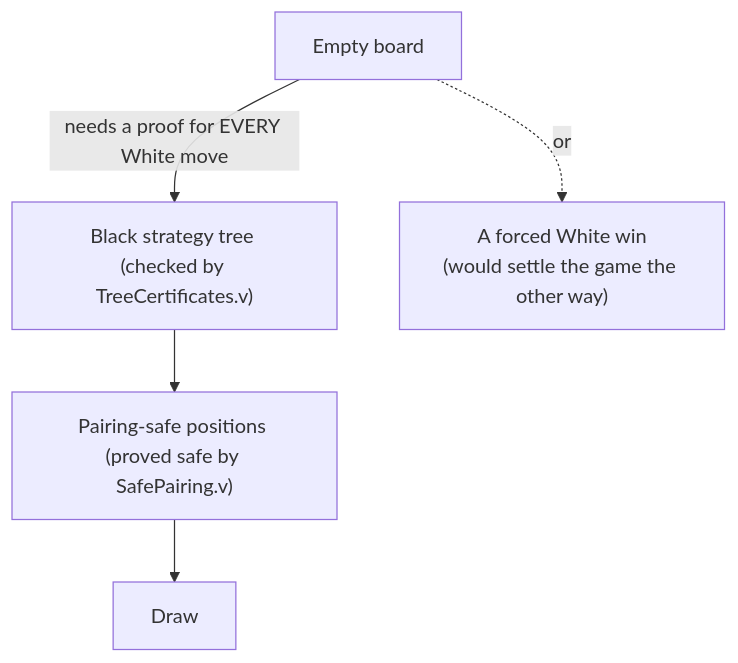
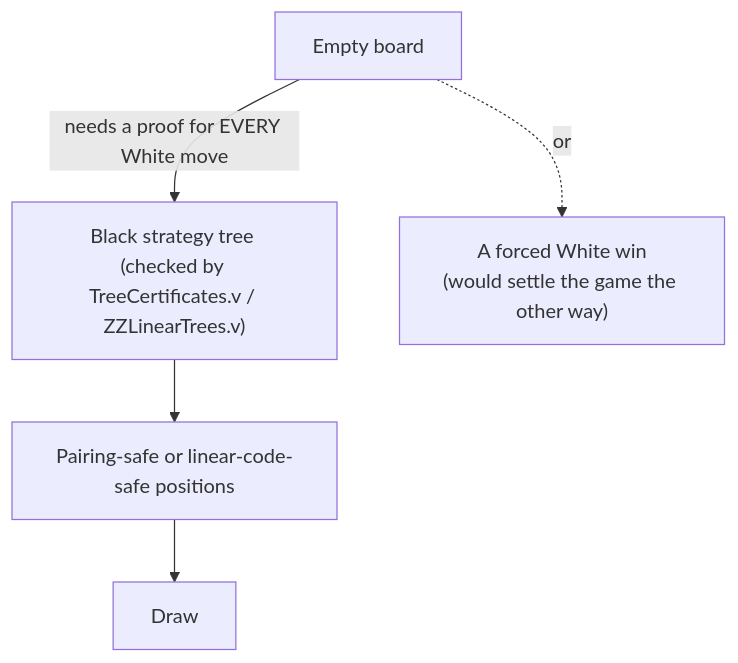
Before and after one commit to TACITVS/Theorem_Prover_Formalization_of_Board_Games: the second of 2 diagrams in README.md, drawn with Mermaid. The commit also changed other lines of this file and 20 other files, not shown here.

First line of the commit message:
feat(proof): add opening symmetry and linear-code defense certificates

````diff
--- a/README.md
+++ b/README.md
@@ -159,7 +209,7 @@
 ```mermaid
 flowchart TD
-    E["Empty board"] -->|"needs a proof for EVERY White move"| T["Black strategy tree (checked by TreeCertificates.v)"]
-    T --> L["Pairing-safe positions (proved safe by SafePairing.v)"]
+    E["Empty board"] -->|"needs a proof for EVERY White move"| T["Black strategy tree (checked by TreeCertificates.v / ZZLinearTrees.v)"]
+    T --> L["Pairing-safe or linear-code-safe positions"]
     L --> D["Draw"]
     E -.->|"or"| W["A forced White win<br/>(would settle the game the other way)"]
 ```
````
